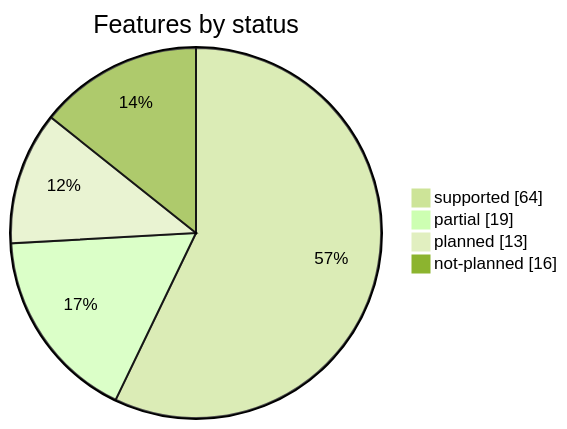
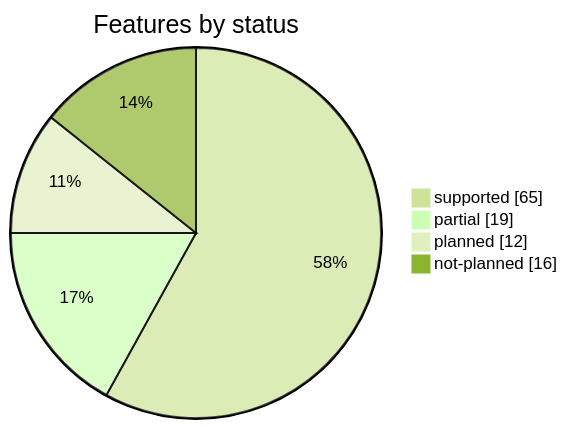
The second of 2 diagrams in docs/COVERAGE.md (rafaelvieiras/tinyfin), drawn with Mermaid (forest theme) before and after one commit. The commit also changed other lines of this file and 14 other files, not shown here.

````diff
--- a/docs/COVERAGE.md
+++ b/docs/COVERAGE.md
@@ -45,7 +45,7 @@
 ```mermaid
 pie showData title Features by status
-    "supported" : 64
+    "supported" : 65
     "partial" : 19
-    "planned" : 13
+    "planned" : 12
     "not-planned" : 16
 ```
````
